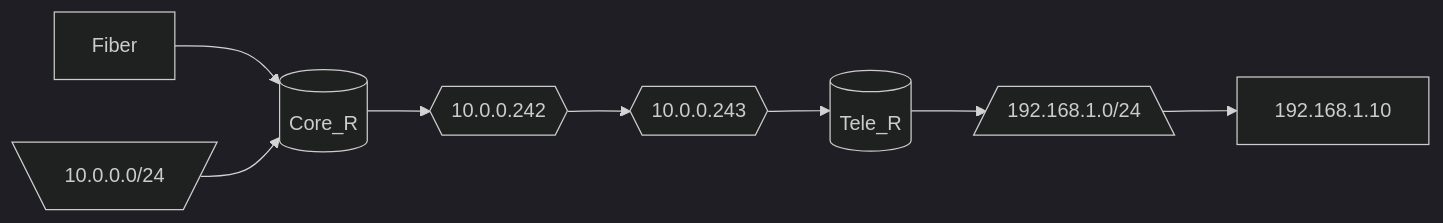
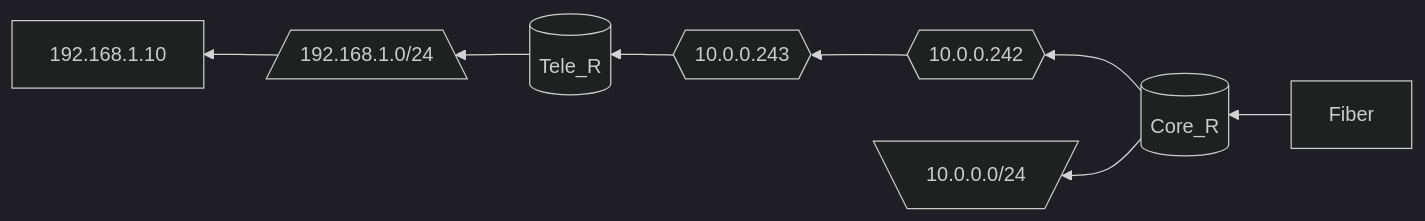
The second of 2 diagrams in Topology.md (notkasim/DOCS), drawn with Mermaid (dark theme) before and after one commit.

````diff
--- a/Topology.md
+++ b/Topology.md
@@ -19,22 +19,22 @@
 ```mermaid
-graph LR;
+graph RL;
     core[(Core_R)]
     tele2[(Tele_R)]
     core_link{{10.0.0.242}}
     tele2_link{{10.0.0.243}}
     core_net[\10.0.0.0/24/]
     tele2_net[/192.168.1.0/24\]
 
     Fiber-->core;
-    core_net-->core;
+    core-->core_net;
     core-->core_link;
     core_link-->tele2_link;
     tele2_link-->tele2;
     tele2-->tele2_net-->192.168.1.10;
 
 
 
 
 
 
 ```
````
